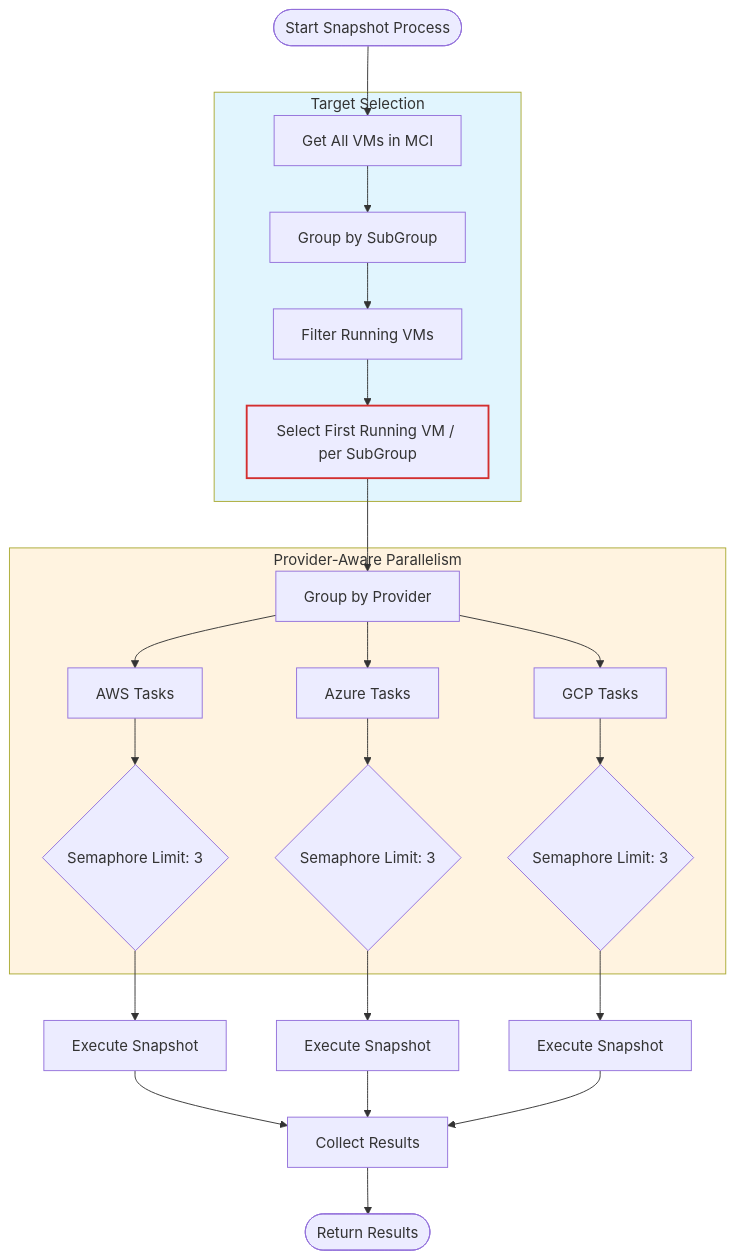
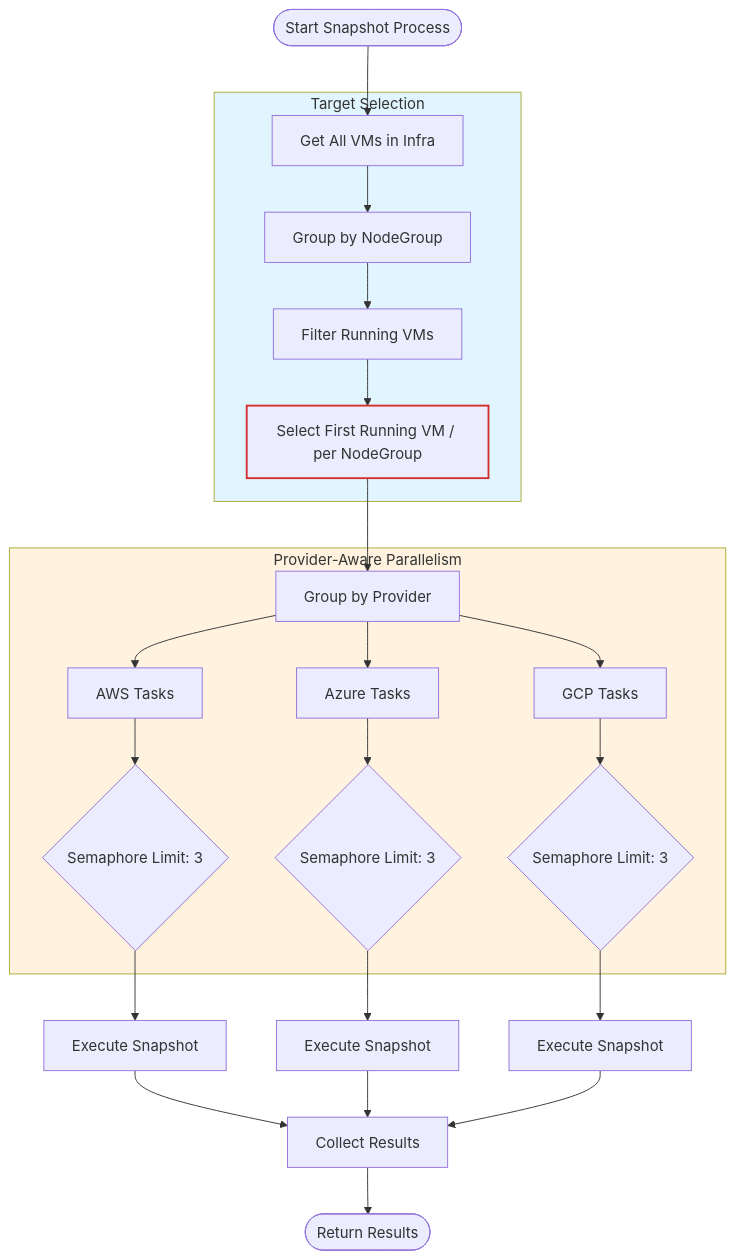
One commit to cloud-barista/cb-tumblebug changed the second of 4 diagrams in docs/feature_guide/cloud-agnostic-image.md. Above: the diagram before and after it, drawn with Mermaid. The commit also changed other lines of this file and 197 other files, not shown here.

Commit message:
Refactor MIC and SubGroup to Infra and NodeGroup

````diff
--- a/docs/feature_guide/cloud-agnostic-image.md
+++ b/docs/feature_guide/cloud-agnostic-image.md
@@ -128,36 +128,36 @@
 ```mermaid
 flowchart TD
-    Start([Start Snapshot Process]) --> GetVMs[Get All VMs in MCI]
+    Start([Start Snapshot Process]) --> GetVMs[Get All VMs in Infra]
     
     subgraph Selection [Target Selection]
-        GetVMs --> GroupSG[Group by SubGroup]
+        GetVMs --> GroupSG[Group by NodeGroup]
         GroupSG --> FilterRunning[Filter Running VMs]
-        FilterRunning --> SelectOne[Select First Running VM / per SubGroup]
+        FilterRunning --> SelectOne[Select First Running VM / per NodeGroup]
     end
     
     subgraph Concurrency [Provider-Aware Parallelism]
         SelectOne --> GroupProv[Group by Provider]
         
         GroupProv --> AWS[AWS Tasks]
         GroupProv --> Azure[Azure Tasks]
         GroupProv --> GCP[GCP Tasks]
         
         AWS --> SemAWS{Semaphore Limit: 3}
         Azure --> SemAzure{Semaphore Limit: 3}
         GCP --> SemGCP{Semaphore Limit: 3}
     end
     
     SemAWS --> ExecAWS[Execute Snapshot]
     SemAzure --> ExecAzure[Execute Snapshot]
     SemGCP --> ExecGCP[Execute Snapshot]
     
     ExecAWS --> Collect[Collect Results]
     ExecAzure --> Collect
     ExecGCP --> Collect
     
     Collect --> End([Return Results])
     
     style Selection fill:#e1f5fe
     style Concurrency fill:#fff3e0
     style SelectOne stroke:#d32f2f,stroke-width:2px
 ```
````
